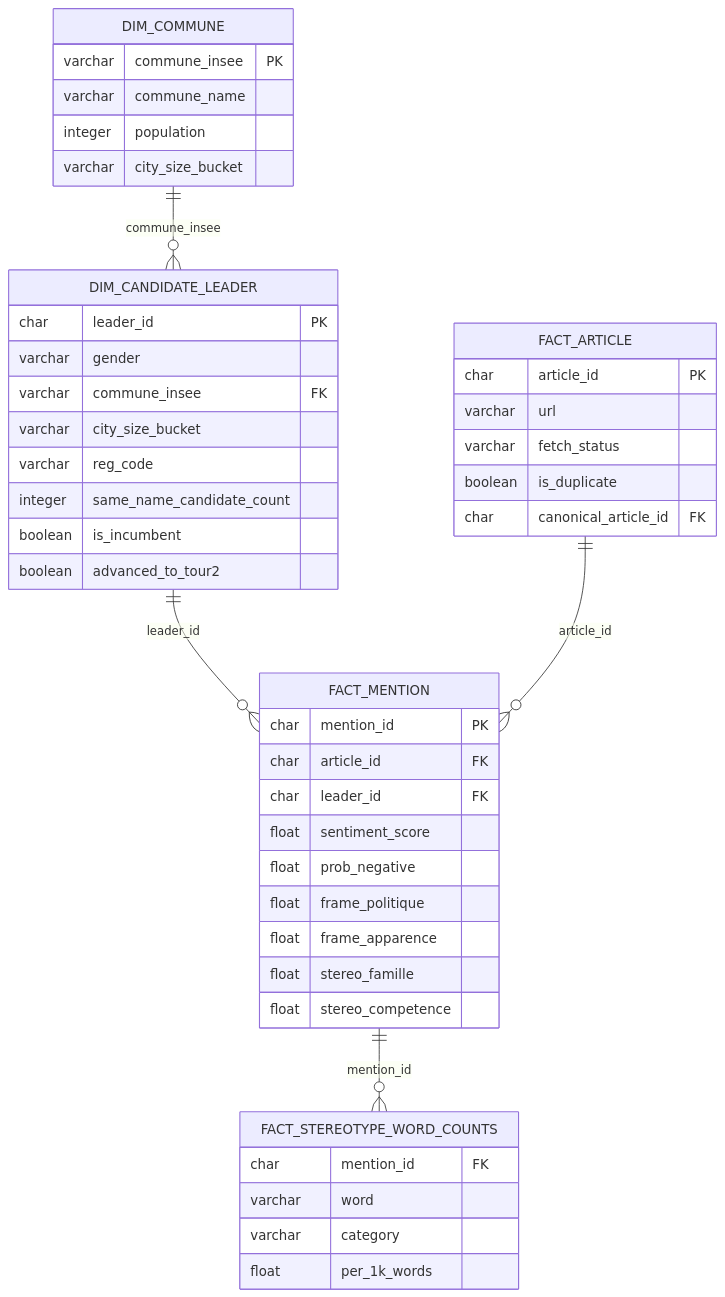
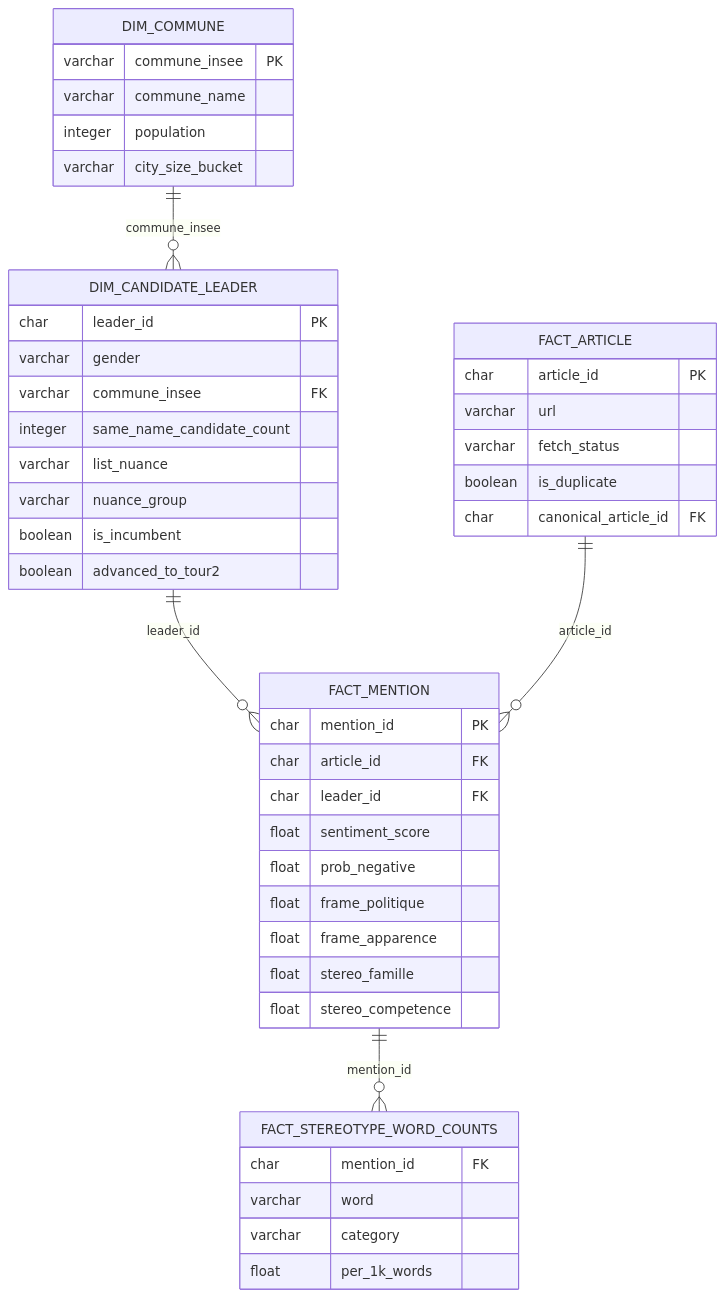
One commit to cchoooots98/election-gender-bias_D4W changed the second of 2 diagrams in README.md. Above: the diagram before and after it, drawn with Mermaid. The commit also changed other lines of this file and 12 other files, not shown here.

````diff
--- a/README.md
+++ b/README.md
@@ -192,52 +254,52 @@
 ```mermaid
 erDiagram
     DIM_COMMUNE {
         varchar commune_insee PK
         varchar commune_name
         integer population
         varchar city_size_bucket
     }
 
     DIM_CANDIDATE_LEADER {
         char    leader_id PK
         varchar gender
         varchar commune_insee FK
-        varchar city_size_bucket
-        varchar reg_code
         integer same_name_candidate_count
+        varchar list_nuance
+        varchar nuance_group
         boolean is_incumbent
         boolean advanced_to_tour2
     }
 
     FACT_ARTICLE {
         char    article_id PK
         varchar url
         varchar fetch_status
         boolean is_duplicate
         char    canonical_article_id FK
     }
 
     FACT_MENTION {
         char  mention_id PK
         char  article_id FK
         char  leader_id FK
         float sentiment_score
         float prob_negative
         float frame_politique
         float frame_apparence
         float stereo_famille
         float stereo_competence
     }
 
     FACT_STEREOTYPE_WORD_COUNTS {
         char    mention_id FK
         varchar word
         varchar category
         float   per_1k_words
     }
 
     DIM_COMMUNE ||--o{ DIM_CANDIDATE_LEADER : "commune_insee"
     DIM_CANDIDATE_LEADER ||--o{ FACT_MENTION : "leader_id"
     FACT_ARTICLE ||--o{ FACT_MENTION : "article_id"
     FACT_MENTION ||--o{ FACT_STEREOTYPE_WORD_COUNTS : "mention_id"
 ```
````
